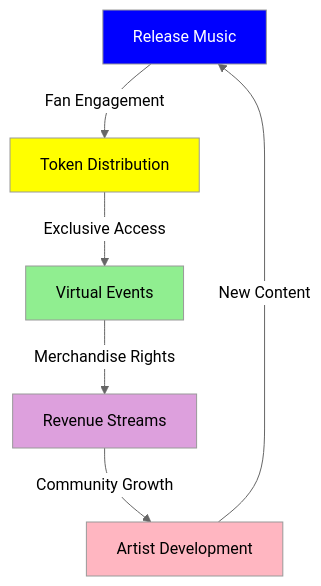
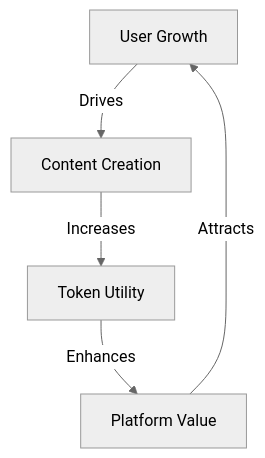
Before and after one commit to MEMEFANS/memefans: the seventh of 7 diagrams in docs/whitepaper/use-cases.md, drawn with Mermaid (neutral theme). The commit also changed other lines of this file and 32 other files, not shown here.

````diff
--- a/docs/whitepaper/use-cases.md
+++ b/docs/whitepaper/use-cases.md
@@ -193,14 +226,7 @@
-<div class="mermaid">
+```mermaid
 graph TD
-    A[Release Music] -->|Fan Engagement| B[Token Distribution]
-    B -->|Exclusive Access| C[Virtual Events]
-    C -->|Merchandise Rights| D[Revenue Streams]
-    D -->|Community Growth| E[Artist Development]
-    E -->|New Content| A
-    
-    style A fill:#0000FF,color:#FFFFFF
-    style B fill:#FFFF00,color:#000000
-    style C fill:#90EE90,color:#000000
-    style D fill:#DDA0DD,color:#000000
-    style E fill:#FFB6C1,color:#000000
-</div>
+    A[User Growth] -->|Drives| B[Content Creation]
+    B -->|Increases| C[Token Utility]
+    C -->|Enhances| D[Platform Value]
+    D -->|Attracts| A
+```
````
